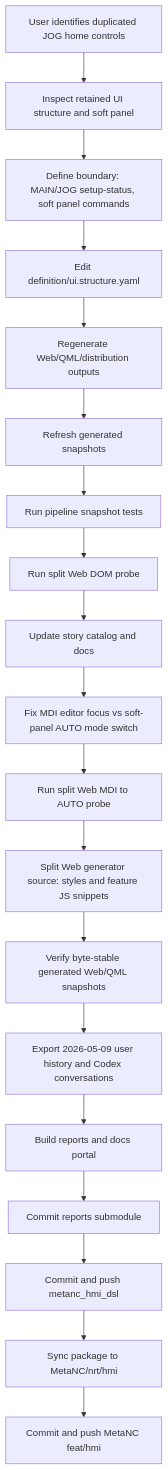
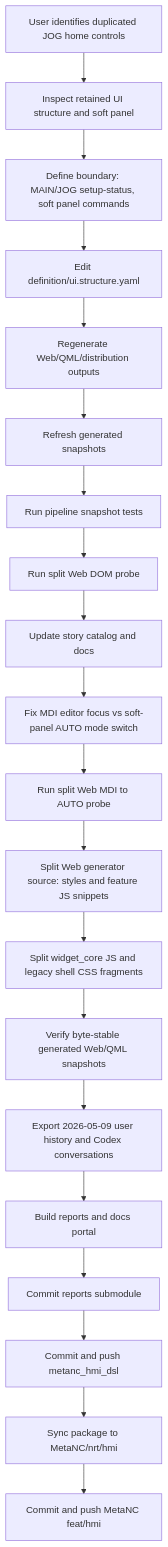
One commit to luppiterw/metanc_hmi_dsl_reports changed the diagram in 2026-05-09-codex-session/workflow-diagram.md. Above: the diagram before and after it, drawn with Mermaid. The commit also changed 17 other files, not shown here.

````diff
--- a/2026-05-09-codex-session/workflow-diagram.md
+++ b/2026-05-09-codex-session/workflow-diagram.md
@@ -3,21 +3,22 @@
 ```mermaid
 flowchart TD
     A[User identifies duplicated JOG home controls] --> B[Inspect retained UI structure and soft panel]
     B --> C[Define boundary: MAIN/JOG setup-status, soft panel commands]
     C --> D[Edit definition/ui.structure.yaml]
     D --> E[Regenerate Web/QML/distribution outputs]
     E --> F[Refresh generated snapshots]
     F --> G[Run pipeline snapshot tests]
     G --> H[Run split Web DOM probe]
     H --> I[Update story catalog and docs]
     I --> J[Fix MDI editor focus vs soft-panel AUTO mode switch]
     J --> K[Run split Web MDI to AUTO probe]
     K --> L[Split Web generator source: styles and feature JS snippets]
-    L --> M[Verify byte-stable generated Web/QML snapshots]
-    M --> N[Export 2026-05-09 user history and Codex conversations]
-    N --> O[Build reports and docs portal]
-    O --> P[Commit reports submodule]
-    P --> Q[Commit and push metanc_hmi_dsl]
-    Q --> R[Sync package to MetaNC/nrt/hmi]
-    R --> S[Commit and push MetaNC feat/hmi]
+    L --> M[Split widget_core JS and legacy shell CSS fragments]
+    M --> N[Verify byte-stable generated Web/QML snapshots]
+    N --> O[Export 2026-05-09 user history and Codex conversations]
+    O --> P[Build reports and docs portal]
+    P --> Q[Commit reports submodule]
+    Q --> R[Commit and push metanc_hmi_dsl]
+    R --> S[Sync package to MetaNC/nrt/hmi]
+    S --> T[Commit and push MetaNC feat/hmi]
 ```
````
